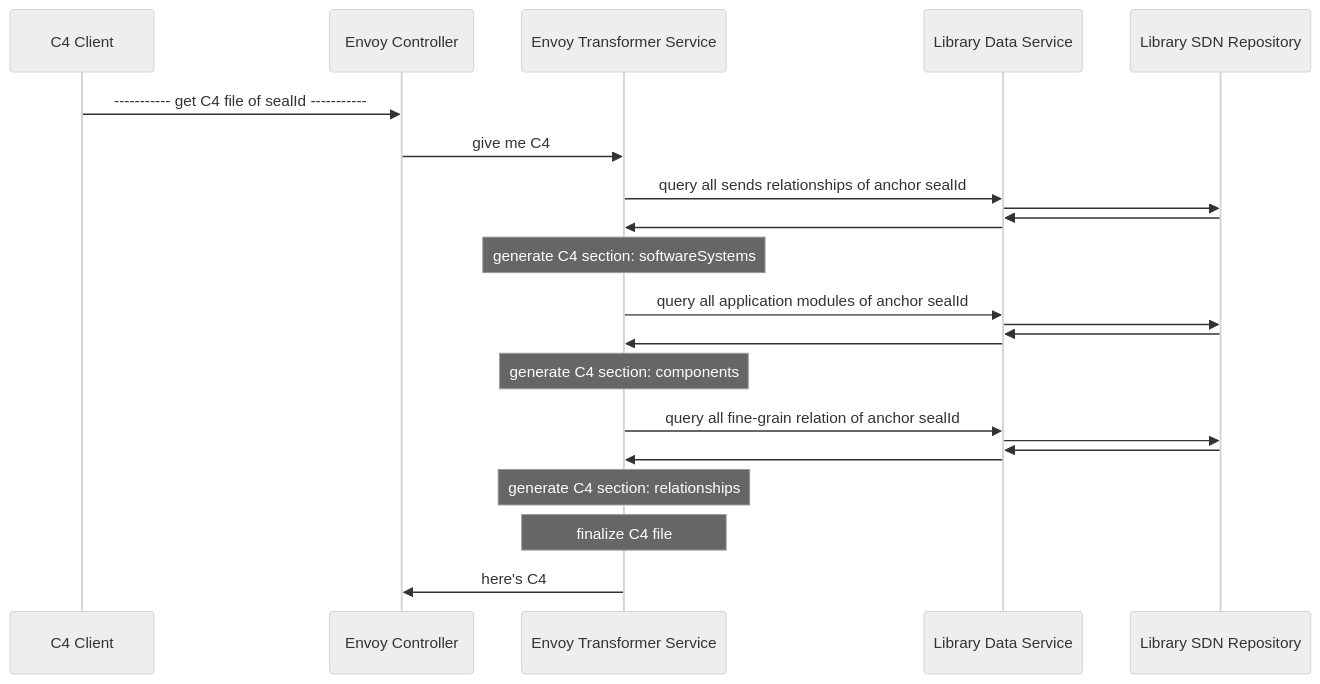
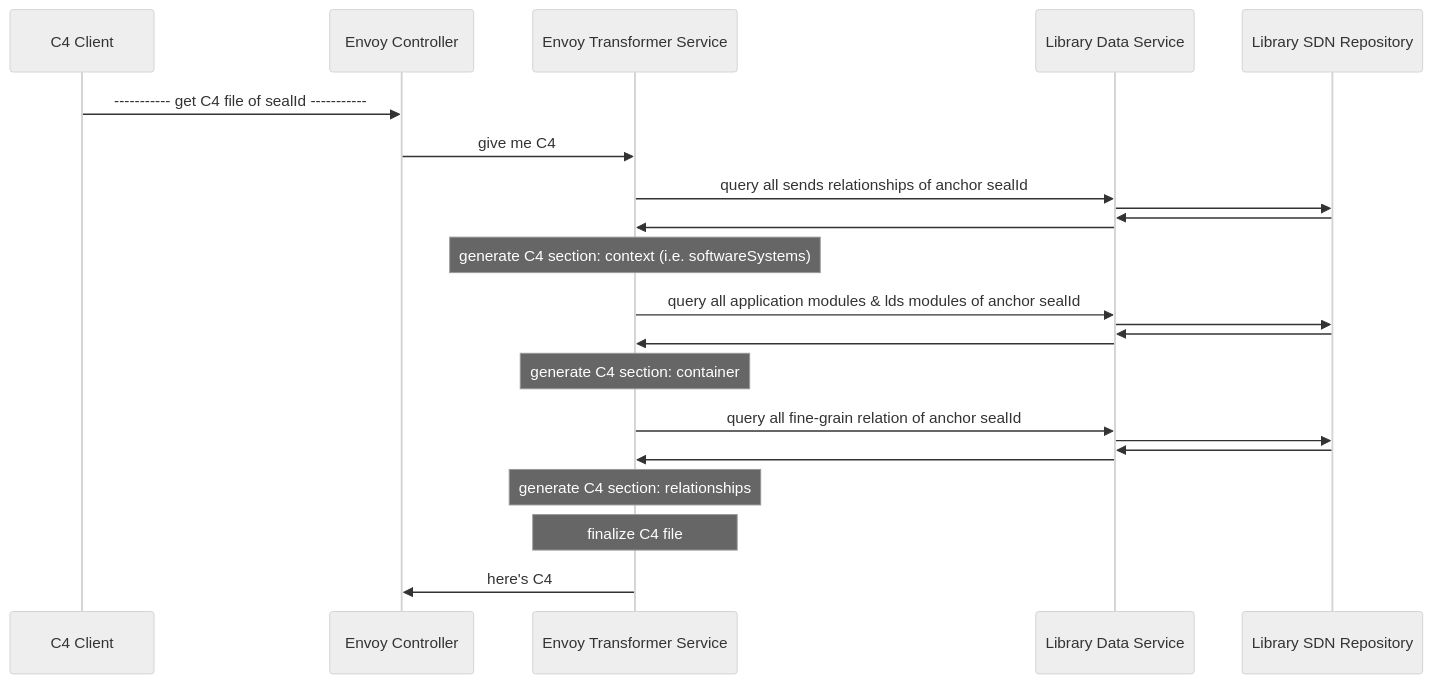
The second of 2 diagrams in README.md (TheRealMarcusChiu/factory-kit-pattern-example), drawn with Mermaid (neutral theme) before and after one commit. The commit also changed other lines of this file, not shown here.

````diff
--- a/README.md
+++ b/README.md
@@ -25,33 +25,33 @@
 ```mermaid
 sequenceDiagram
     participant C4 Client
     participant Envoy Controller
     participant Envoy Transformer Service
     participant Library Data Service
     participant Library SDN Repository
     
     C4 Client ->> Envoy Controller: ----------- get C4 file of sealId -----------
     Envoy Controller ->> Envoy Transformer Service: give me C4
 
     Envoy Transformer Service ->> Library Data Service: query all sends relationships of anchor sealId
     Library Data Service ->> Library SDN Repository: 
     Library SDN Repository ->> Library Data Service: 
     Library Data Service ->> Envoy Transformer Service: 
-    Note over Envoy Transformer Service: generate C4 section: softwareSystems
+    Note over Envoy Transformer Service: generate C4 section: context (i.e. softwareSystems)
 
-    Envoy Transformer Service ->> Library Data Service: query all application modules of anchor sealId
+    Envoy Transformer Service ->> Library Data Service: query all application modules & lds modules of anchor sealId
     Library Data Service ->> Library SDN Repository: 
     Library SDN Repository ->> Library Data Service: 
     Library Data Service ->> Envoy Transformer Service: 
-    Note over Envoy Transformer Service: generate C4 section: components
+    Note over Envoy Transformer Service: generate C4 section: container
 
     Envoy Transformer Service ->> Library Data Service: query all fine-grain relation of anchor sealId
     Library Data Service ->> Library SDN Repository: 
     Library SDN Repository ->> Library Data Service: 
     Library Data Service ->> Envoy Transformer Service: 
     Note over Envoy Transformer Service: generate C4 section: relationships
 
     Note over Envoy Transformer Service: finalize C4 file
     
     Envoy Transformer Service ->> Envoy Controller: here's C4
 ```
````
